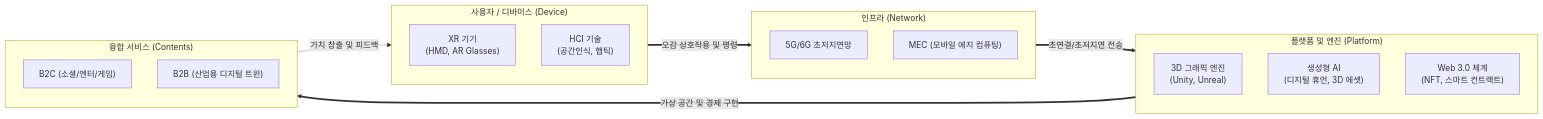
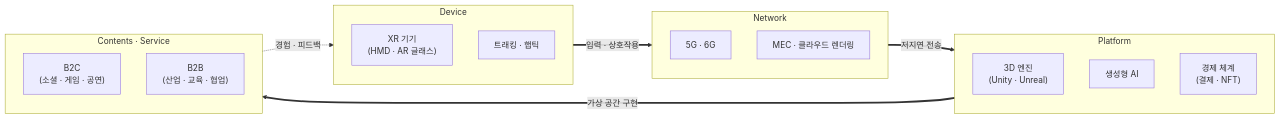
Before and after one commit to supremethumb/supremethumb.github.io: the diagram in content/01_IT Tech/메타버스.md, drawn with Mermaid. The commit also changed other lines of this file and 1087 other files, not shown here.

````diff
--- a/content/01_IT Tech/메타버스.md
+++ b/content/01_IT Tech/메타버스.md
@@ -26,34 +35,24 @@
 ```mermaid
 flowchart LR
-    subgraph User_Device["사용자 / 디바이스 (Device)"]
-        direction TB
-        XR["XR 기기<br/>(HMD, AR Glasses)"]
-        HCI["HCI 기술<br/>(공간인식, 햅틱)"]
+    subgraph Device["Device"]
+        XR["XR 기기<br/>(HMD · AR 글래스)"]
+        HCI["트래킹 · 햅틱"]
     end
-
-    subgraph Network["인프라 (Network)"]
-        direction TB
-        5G["5G/6G 초저지연망"]
-        MEC["MEC (모바일 에지 컴퓨팅)"]
+    subgraph Network["Network"]
+        NET["5G · 6G"]
+        MEC["MEC · 클라우드 렌더링"]
     end
-
-    subgraph Platform["플랫폼 및 엔진 (Platform)"]
-        direction TB
-        ENG["3D 그래픽 엔진<br/>(Unity, Unreal)"]
-        AI["생성형 AI<br/>(디지털 휴먼, 3D 에셋)"]
-        WEB3["Web 3.0 체계<br/>(NFT, 스마트 컨트랙트)"]
+    subgraph Platform["Platform"]
+        ENG["3D 엔진<br/>(Unity · Unreal)"]
+        AI["생성형 AI"]
+        ECO["경제 체계<br/>(결제 · NFT)"]
     end
-
-    subgraph Service["융합 서비스 (Contents)"]
-        direction TB
-        SOC["B2C (소셜/엔터/게임)"]
-        IND["B2B (산업용 디지털 트윈)"]
+    subgraph Contents["Contents · Service"]
+        SOC["B2C<br/>(소셜 · 게임 · 공연)"]
+        IND["B2B<br/>(산업 · 교육 · 협업)"]
     end
-
-    User_Device == ""오감 상호작용 및 명령"" ==> Network
-    Network == ""초연결/초저지연 전송"" ==> Platform
-    Platform == ""가상 공간 및 경제 구현"" ==> Service
-    Service -. "가치 창출 및 피드백" .-> User_Device
-
-
+    Device ==>|"입력 · 상호작용"| Network
+    Network ==>|"저지연 전송"| Platform
+    Platform ==>|"가상 공간 구현"| Contents
+    Contents -.->|"경험 · 피드백"| Device
 ```
````
